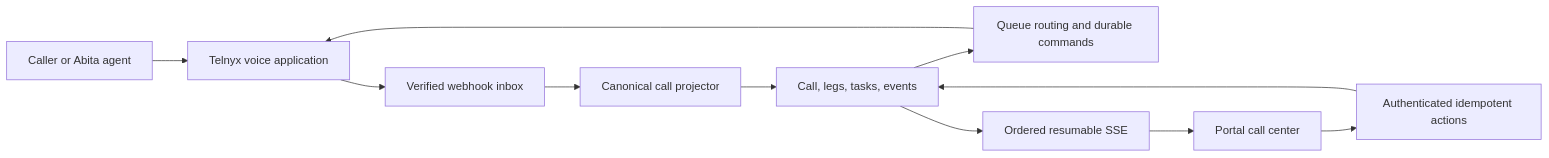
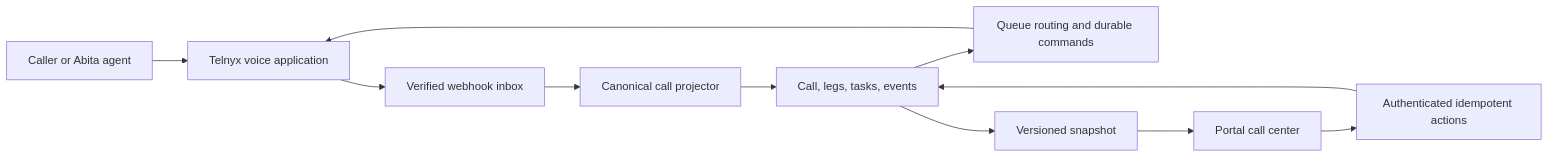
Before and after one commit to Data-Buddies-Solutions/acuity_site: the diagram in CALL_CENTER_PLATFORM_SPEC.md, drawn with Mermaid. The commit also changed other lines of this file and 103 other files, not shown here.

First line of the commit message:
Simplify the canonical call-center state machine (#169)

````diff
--- a/CALL_CENTER_PLATFORM_SPEC.md
+++ b/CALL_CENTER_PLATFORM_SPEC.md
@@ -30,13 +30,13 @@
 ```mermaid
 flowchart LR
   Caller["Caller or Abita agent"] --> Telnyx["Telnyx voice application"]
   Telnyx --> Webhook["Verified webhook inbox"]
   Webhook --> Projector["Canonical call projector"]
   Projector --> Call["Call, legs, tasks, events"]
   Call --> Router["Queue routing and durable commands"]
   Router --> Telnyx
-  Call --> SSE["Ordered resumable SSE"]
-  SSE --> Portal["Portal call center"]
+  Call --> Snapshot["Versioned snapshot"]
+  Snapshot --> Portal["Portal call center"]
   Portal --> API["Authenticated idempotent actions"]
   API --> Call
 ```
````
